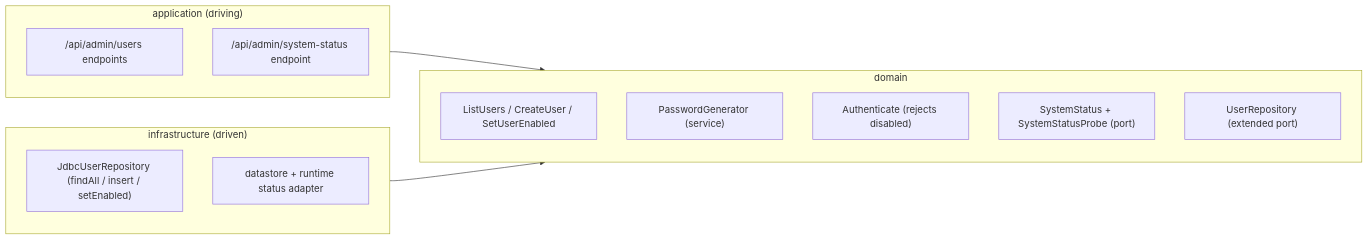
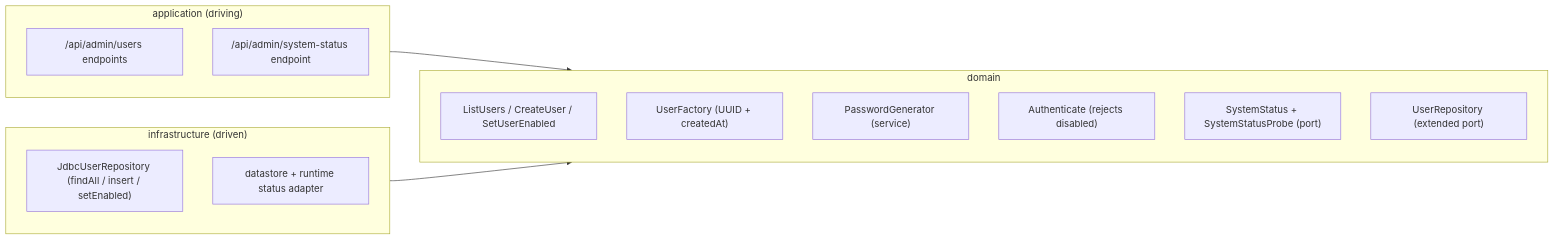
The diagram in docs/features/FEAT-0004-administration-area/README.md (earelin/conxugal), drawn with Mermaid before and after one commit. The commit also changed other lines of this file and 5 other files, not shown here.

````diff
--- a/docs/features/FEAT-0004-administration-area/README.md
+++ b/docs/features/FEAT-0004-administration-area/README.md
@@ -43,20 +47,21 @@
 ```mermaid
 flowchart LR
     subgraph application["application (driving)"]
         usersApi["/api/admin/users endpoints"]
         statusApi["/api/admin/system-status endpoint"]
     end
     subgraph domain["domain"]
         lifecycle["ListUsers / CreateUser / SetUserEnabled"]
+        factory["UserFactory (UUID + createdAt)"]
         pwgen["PasswordGenerator (service)"]
         authuc["Authenticate (rejects disabled)"]
         status["SystemStatus + SystemStatusProbe (port)"]
         repo["UserRepository (extended port)"]
     end
     subgraph infrastructure["infrastructure (driven)"]
         jdbc["JdbcUserRepository (findAll / insert / setEnabled)"]
         probe["datastore + runtime status adapter"]
     end
     application --> domain
     infrastructure --> domain
 ```
````
